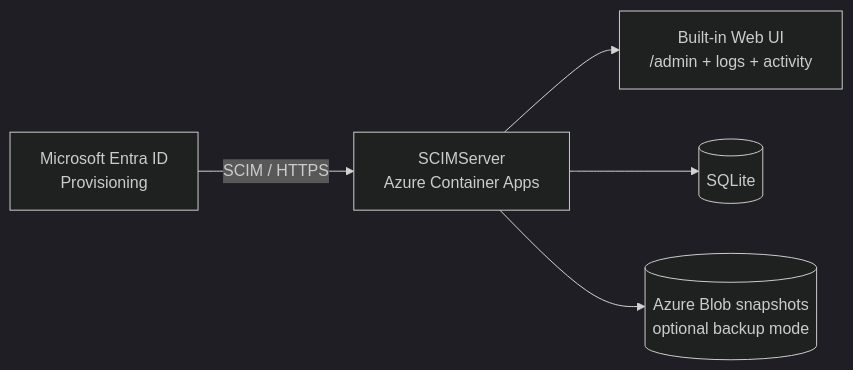
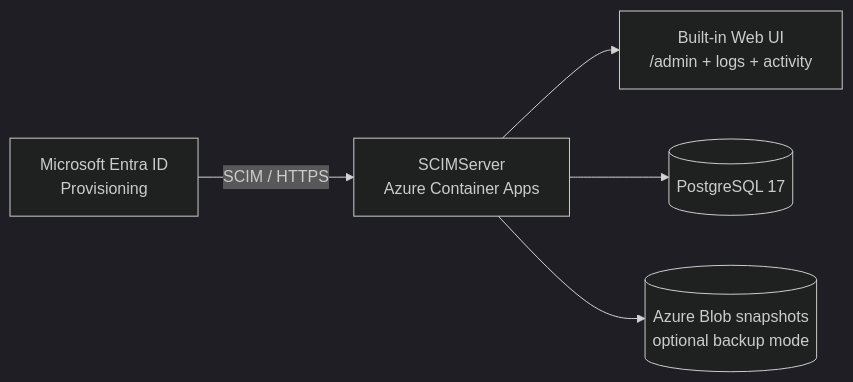
The diagram in README.md (pranems/SCIMServer), drawn with Mermaid (dark theme) before and after one commit. The commit also changed other lines of this file and 14 other files, not shown here.

````diff
--- a/README.md
+++ b/README.md
@@ -127,7 +127,7 @@
 ```mermaid
 flowchart LR
     Entra[Microsoft Entra ID\nProvisioning] -->|SCIM / HTTPS| App[SCIMServer\nAzure Container Apps]
     App --> UI[Built-in Web UI\n/admin + logs + activity]
-    App --> DB[(SQLite)]
+    App --> DB[(PostgreSQL 17)]
     App --> Blob[(Azure Blob snapshots\noptional backup mode)]
 ```
````
